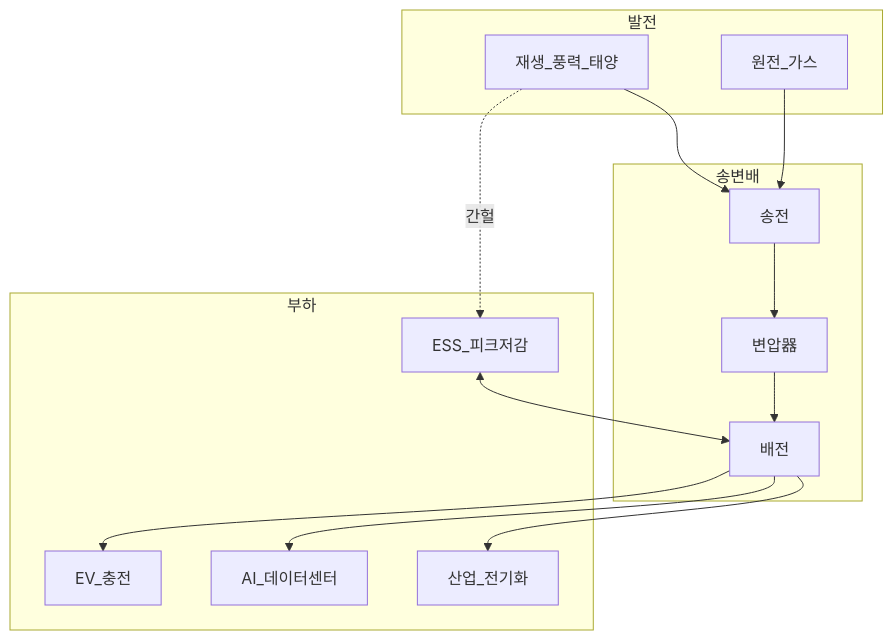
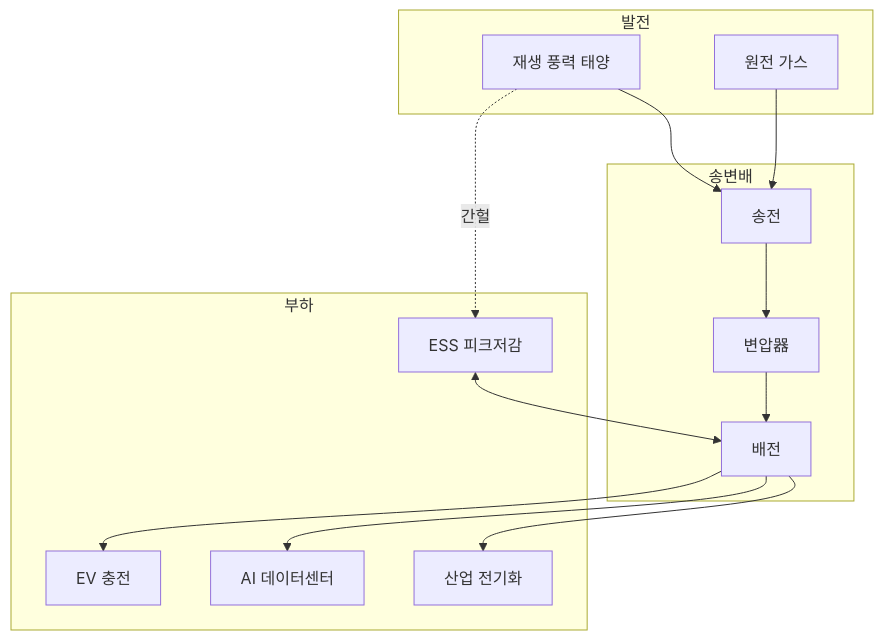
The first of 3 diagrams in 03-markets/sectors/power-grid-electrification.md (goldanghenry/Finances), drawn with Mermaid before and after one commit. The commit also changed other lines of this file and 211 other files, not shown here.

````diff
--- a/03-markets/sectors/power-grid-electrification.md
+++ b/03-markets/sectors/power-grid-electrification.md
@@ -112,26 +118,26 @@
 ```mermaid
 flowchart TB
   subgraph gen [발전]
-    Renew[재생_풍력_태양]
-    Nuclear[원전_가스]
+    Renew["재생 풍력 태양"]
+    Nuclear["원전 가스"]
   end
   subgraph tnd [송변배]
     Trans[송전]
     Transfo[변압器]
     Dist[배전]
   end
   subgraph load [부하]
-    EV[EV_충전]
-    DC[AI_데이터센터]
-    Ind[산업_전기화]
-    ESS[ESS_피크저감]
+    EV["EV 충전"]
+    DC["AI 데이터센터"]
+    Ind["산업 전기화"]
+    ESS["ESS 피크저감"]
   end
   Renew --> Trans
   Nuclear --> Trans
   Trans --> Transfo --> Dist
   Dist --> EV
   Dist --> DC
   Dist --> Ind
   ESS <--> Dist
   Renew -.->|간헐| ESS
 ```
````
